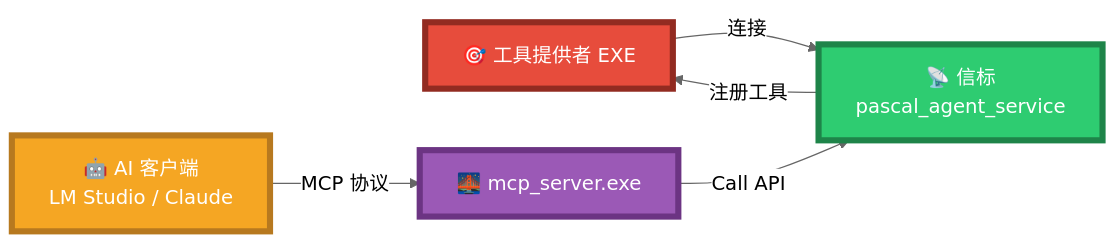
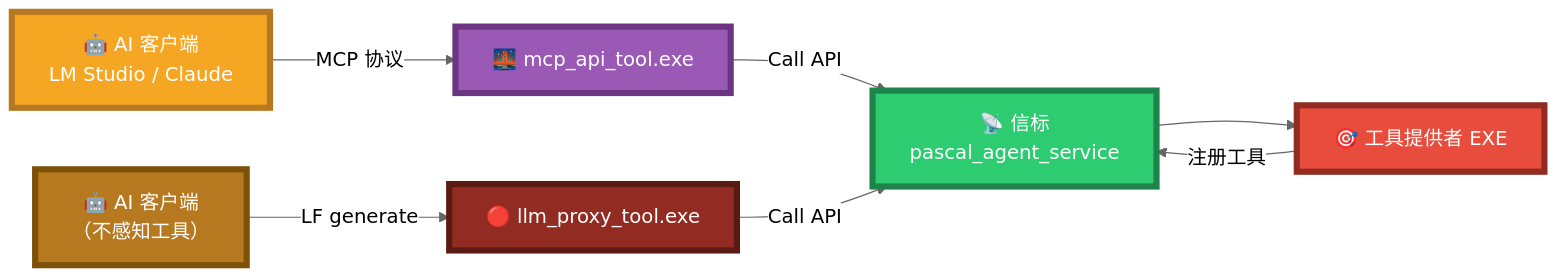
Before and after one commit to PassByYou888/LingoFuse-pasAgent: diagram 29 of 38 in code_generate_mcp.md, drawn with Mermaid (neutral theme). The commit also changed other lines of this file and 33 other files, not shown here.

````diff
--- a/code_generate_mcp.md
+++ b/code_generate_mcp.md
@@ -622,12 +660,16 @@
 ```mermaid
 flowchart LR
-    EXE["🎯 工具提供者 EXE"] -->|连接| Beacon["📡 信标<br/>pascal_agent_service"]
-    Beacon -->|注册工具| EXE
-    MCP["🌉 mcp_server.exe"] -->|Call API| Beacon
+    Beacon["📡 信标<br/>pascal_agent_service"] --> EXE["🎯 工具提供者 EXE"]
+    EXE -->|注册工具| Beacon
+    MCP["🌉 mcp_api_tool.exe"] -->|Call API| Beacon
+    LTB["🔴 llm_proxy_tool.exe"] -->|Call API| Beacon
     AI["🤖 AI 客户端<br/>LM Studio / Claude"] -->|MCP 协议| MCP
+    AI2["🤖 AI 客户端<br/>（不感知工具）"] -->|LF generate| LTB
 
     style EXE fill:#E74C3C,stroke:#922B21,stroke-width:5px,color:#FFFFFF
     style Beacon fill:#2ECC71,stroke:#1E8449,stroke-width:5px,color:#FFFFFF
     style MCP fill:#9B59B6,stroke:#6C3483,stroke-width:5px,color:#FFFFFF
+    style LTB fill:#922B21,stroke:#5A1A14,stroke-width:5px,color:#FFFFFF
     style AI fill:#F5A623,stroke:#B7791F,stroke-width:5px,color:#FFFFFF
+    style AI2 fill:#B7791F,stroke:#7E5109,stroke-width:5px,color:#FFFFFF
 ```
````
